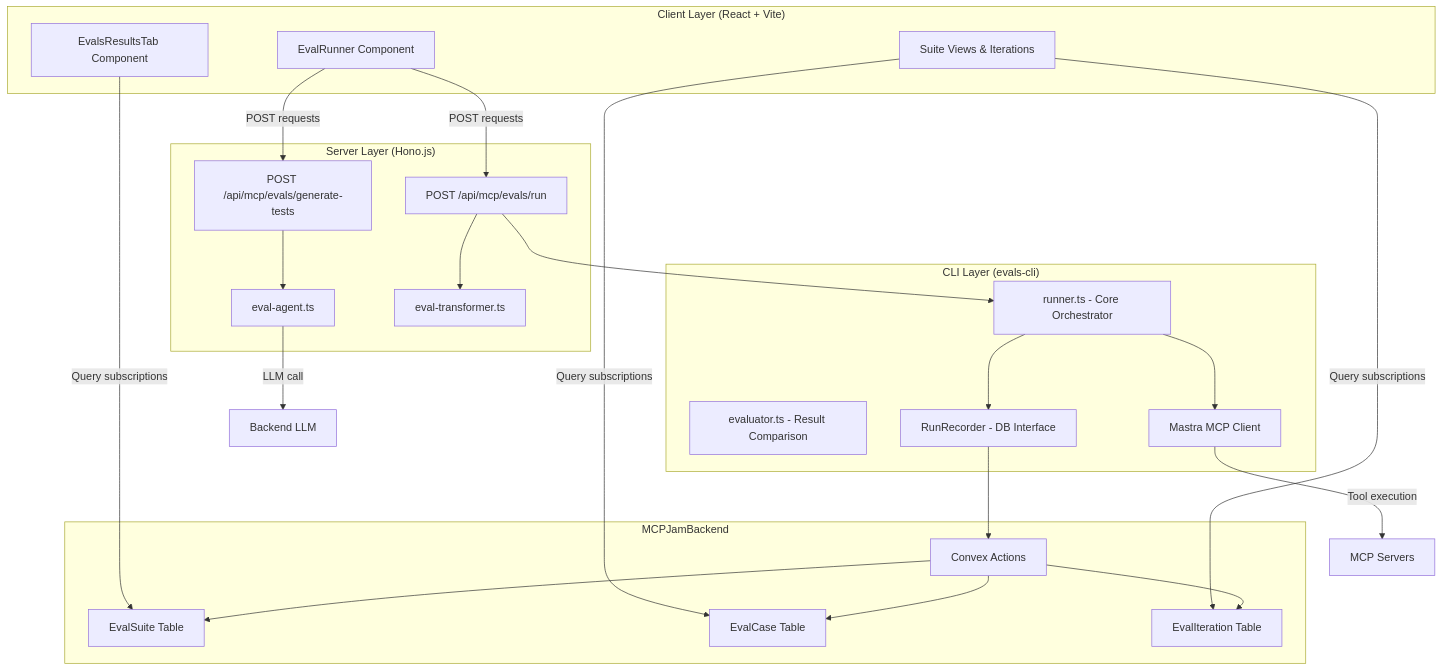
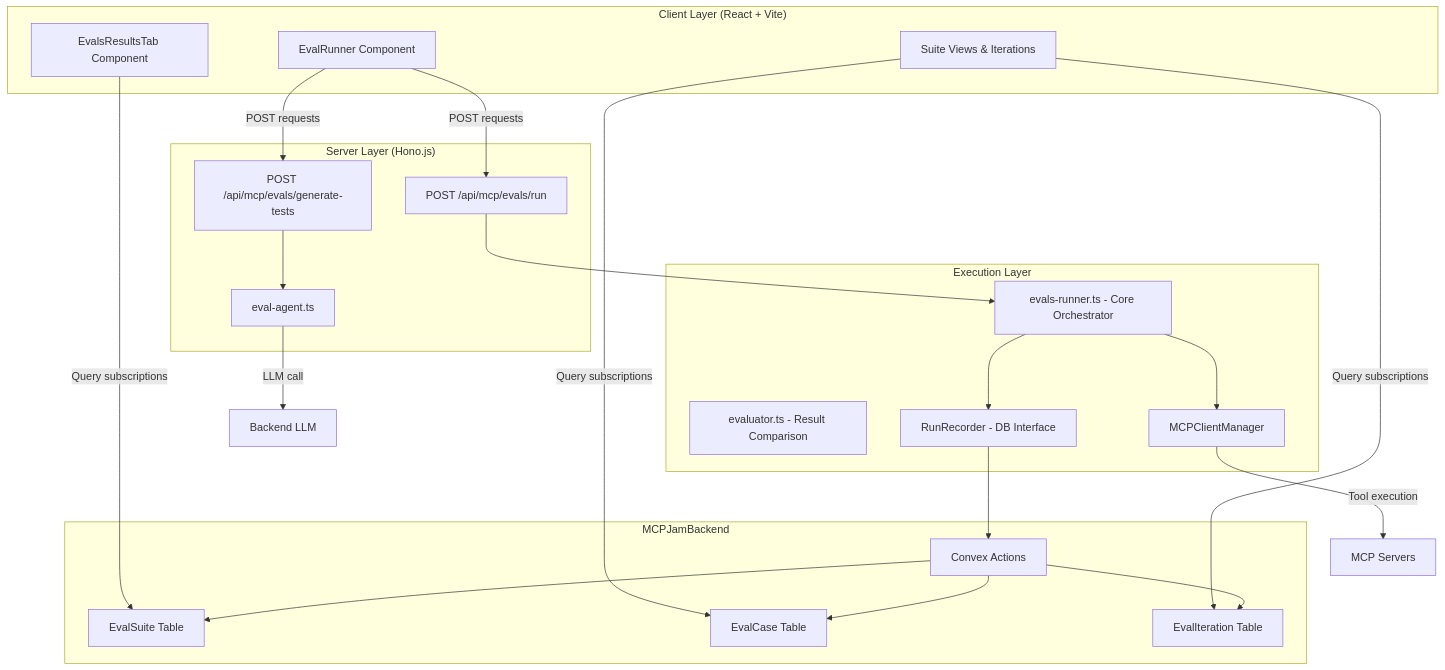
The first of 11 diagrams in docs/contributing/evals-architecture.mdx (MCPJam/inspector), drawn with Mermaid before and after one commit. The commit also changed other lines of this file, not shown here.

Commit message:
Update evals architecture documentation for AI SDK migration (#838)

````diff
--- a/docs/contributing/evals-architecture.mdx
+++ b/docs/contributing/evals-architecture.mdx
@@ -35,50 +35,48 @@
 ```mermaid
 graph TB
     subgraph Client["Client Layer (React + Vite)"]
         A[EvalRunner Component]
         B[EvalsResultsTab Component]
         C[Suite Views & Iterations]
     end
 
     subgraph Server["Server Layer (Hono.js)"]
         D[POST /api/mcp/evals/run]
         E[POST /api/mcp/evals/generate-tests]
         F[eval-agent.ts]
-        G[eval-transformer.ts]
     end
 
-    subgraph CLI["CLI Layer (evals-cli)"]
-        H[runner.ts - Core Orchestrator]
+    subgraph Execution["Execution Layer"]
+        H[evals-runner.ts - Core Orchestrator]
         I[evaluator.ts - Result Comparison]
         J[RunRecorder - DB Interface]
-        K[Mastra MCP Client]
+        K[MCPClientManager]
     end
 
     subgraph Backend["MCPJamBackend"]
         L[EvalSuite Table]
         M[EvalCase Table]
         N[EvalIteration Table]
         O[Convex Actions]
     end
 
     A -->|POST requests| D
     A -->|POST requests| E
     B -->|Query subscriptions| L
     C -->|Query subscriptions| M
     C -->|Query subscriptions| N
 
     D --> H
     E --> F
-    D --> G
 
     H --> J
     J --> O
     O --> L
     O --> M
     O --> N
 
     H --> K
     K -->|Tool execution| P[MCP Servers]
 
     F -->|LLM call| Q[Backend LLM]
 ```
````
